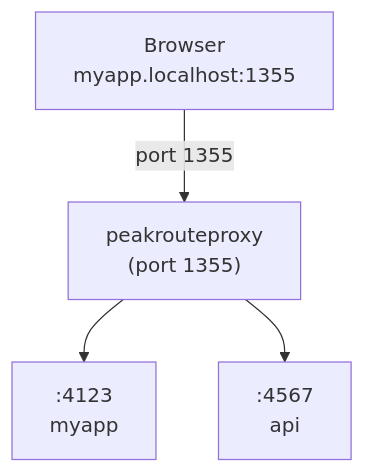
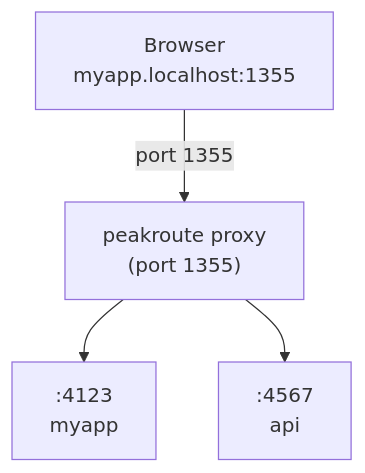
Before and after one commit to faladev/peakroute: the diagram in README.md, drawn with Mermaid. The commit also changed other lines of this file, not shown here.

````diff
--- a/README.md
+++ b/README.md
@@ -71,11 +71,11 @@
 ```mermaid
 flowchart TD
-    Browser["Browser\nmyapp.localhost:1355"]
-    Proxy["peakrouteproxy\n(port 1355)"]
-    App1[":4123\nmyapp"]
-    App2[":4567\napi"]
+    Browser["Browser<br/>myapp.localhost:1355"]
+    Proxy["peakroute proxy<br/>(port 1355)"]
+    App1[":4123<br/>myapp"]
+    App2[":4567<br/>api"]
 
     Browser -->|port 1355| Proxy
     Proxy --> App1
     Proxy --> App2
 ```
````
